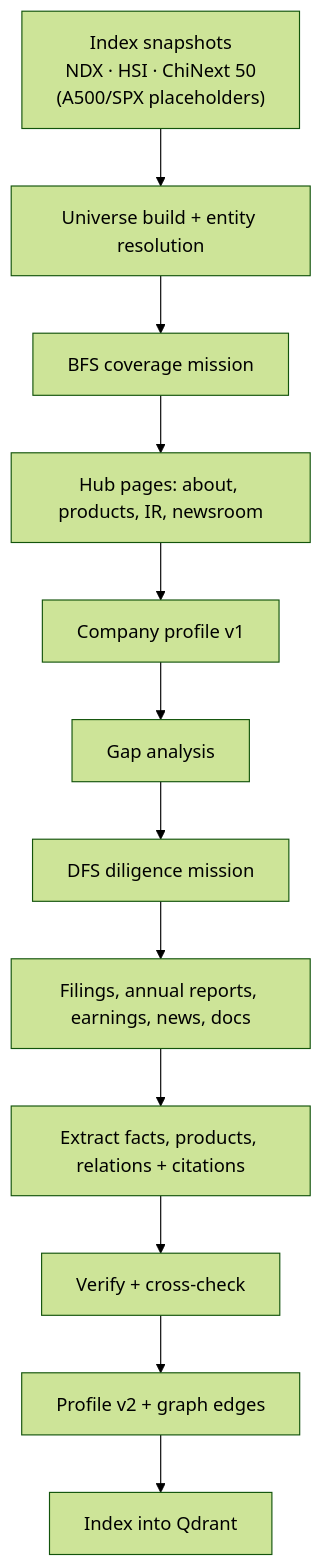
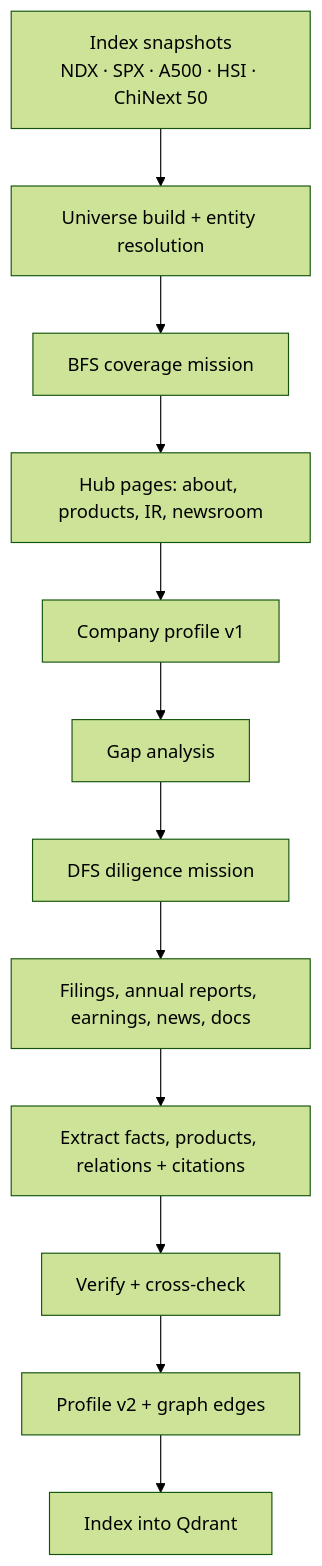
The second of 3 diagrams in docs/ARCHITECTURE.md (xubowenhaoren/OpenCorpCheck), drawn with Mermaid (forest theme) before and after one commit. The commit also changed other lines of this file and 30 other files, not shown here.

````diff
--- a/docs/ARCHITECTURE.md
+++ b/docs/ARCHITECTURE.md
@@ -417,14 +419,14 @@
 ```mermaid
 flowchart TD
-  I["Index snapshots<br/>NDX · HSI · ChiNext 50<br/>(A500/SPX placeholders)"] --> U["Universe build + entity resolution"]
+  I["Index snapshots<br/>NDX · SPX · A500 · HSI · ChiNext 50"] --> U["Universe build + entity resolution"]
   U --> B["BFS coverage mission"]
   B --> H["Hub pages: about, products, IR, newsroom"]
   H --> P1["Company profile v1"]
   P1 --> G["Gap analysis"]
   G --> D["DFS diligence mission"]
   D --> F["Filings, annual reports, earnings, news, docs"]
   F --> X["Extract facts, products, relations + citations"]
   X --> V["Verify + cross-check"]
   V --> P2["Profile v2 + graph edges"]
   P2 --> IDX["Index into Qdrant"]
 ```
````
